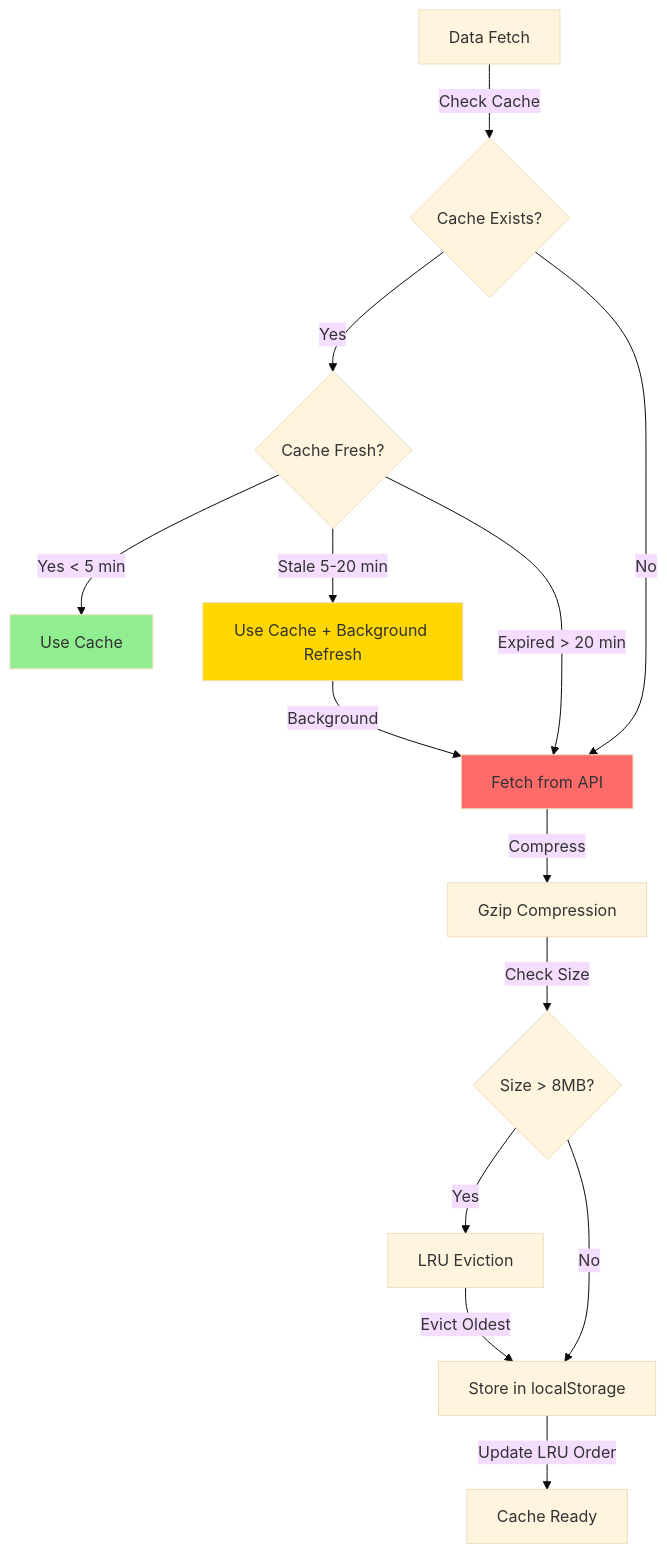
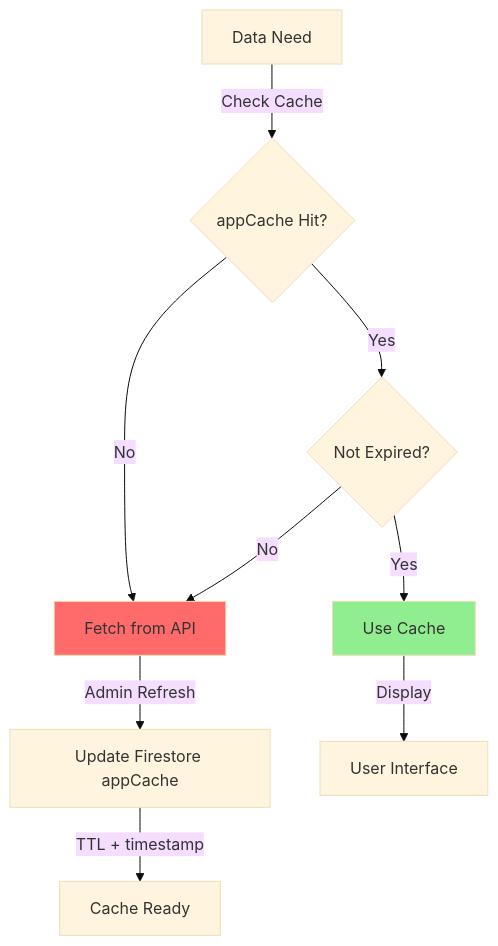
One commit to ABNAPP/STOCK-SCORE changed the fourth of 6 diagrams in README.md. Above: the diagram before and after it, drawn with Mermaid (base theme). The commit also changed other lines of this file, not shown here.

Commit message:
docs: update cache strategy to Firestore appCache (remove localStorage data cache)

````diff
--- a/README.md
+++ b/README.md
@@ -184,22 +184,15 @@
 ```mermaid
 flowchart TD
-    A[Data Fetch] -->|Check Cache| B{Cache Exists?}
-    B -->|Yes| C{Cache Fresh?}
+    A[Data Need] -->|Check Cache| B{appCache Hit?}
+    B -->|Yes| C{Not Expired?}
     B -->|No| D[Fetch from API]
-    C -->|Yes < 5 min| E[Use Cache]
-    C -->|Stale 5-20 min| F[Use Cache + Background Refresh]
-    C -->|Expired > 20 min| D
+    C -->|Yes| E[Use Cache]
+    C -->|No| D
     
-    D -->|Compress| G[Gzip Compression]
-    G -->|Check Size| H{Size > 8MB?}
-    H -->|Yes| I[LRU Eviction]
-    H -->|No| J[Store in localStorage]
-    I -->|Evict Oldest| J
-    J -->|Update LRU Order| K[Cache Ready]
-    
-    F -->|Background| D
+    D -->|Admin Refresh| F[Update Firestore appCache]
+    F -->|TTL + timestamp| G[Cache Ready]
+    E -->|Display| H[User Interface]
     
     style E fill:#90ee90
-    style F fill:#ffd700
     style D fill:#ff6b6b
 ```
````
